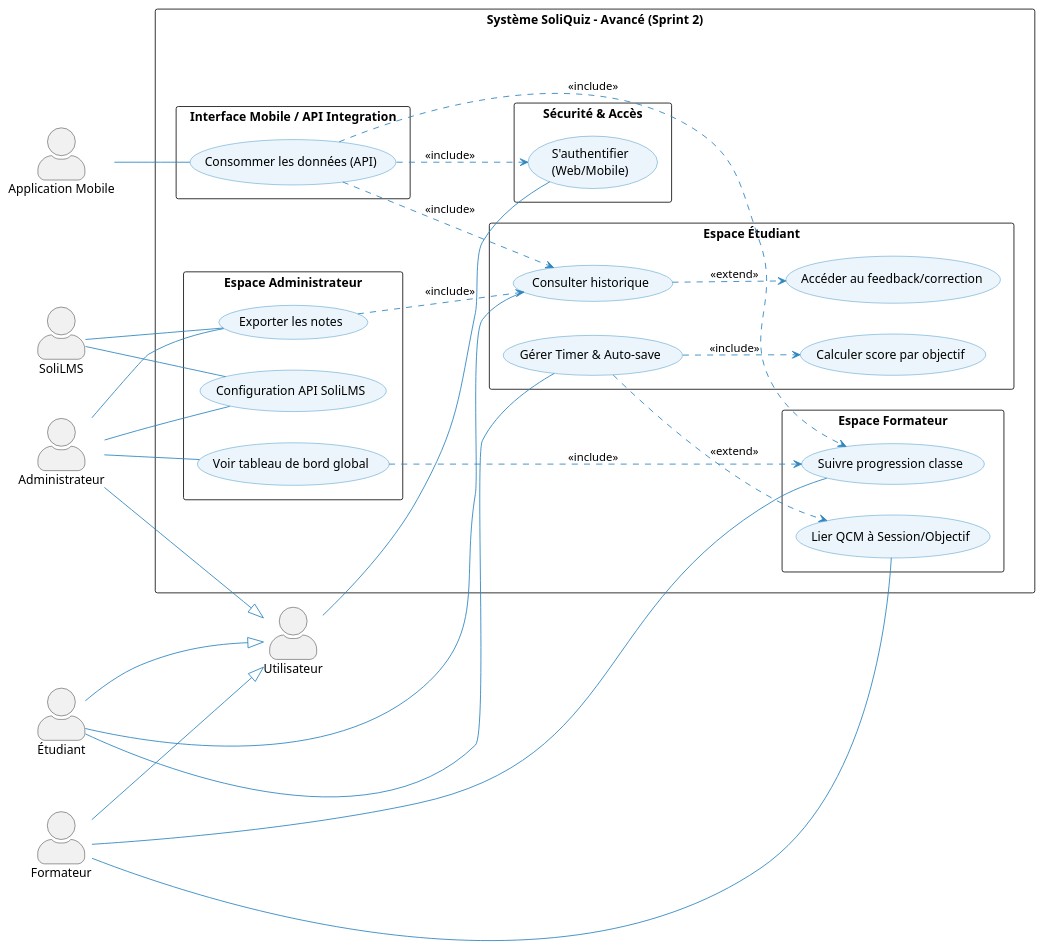
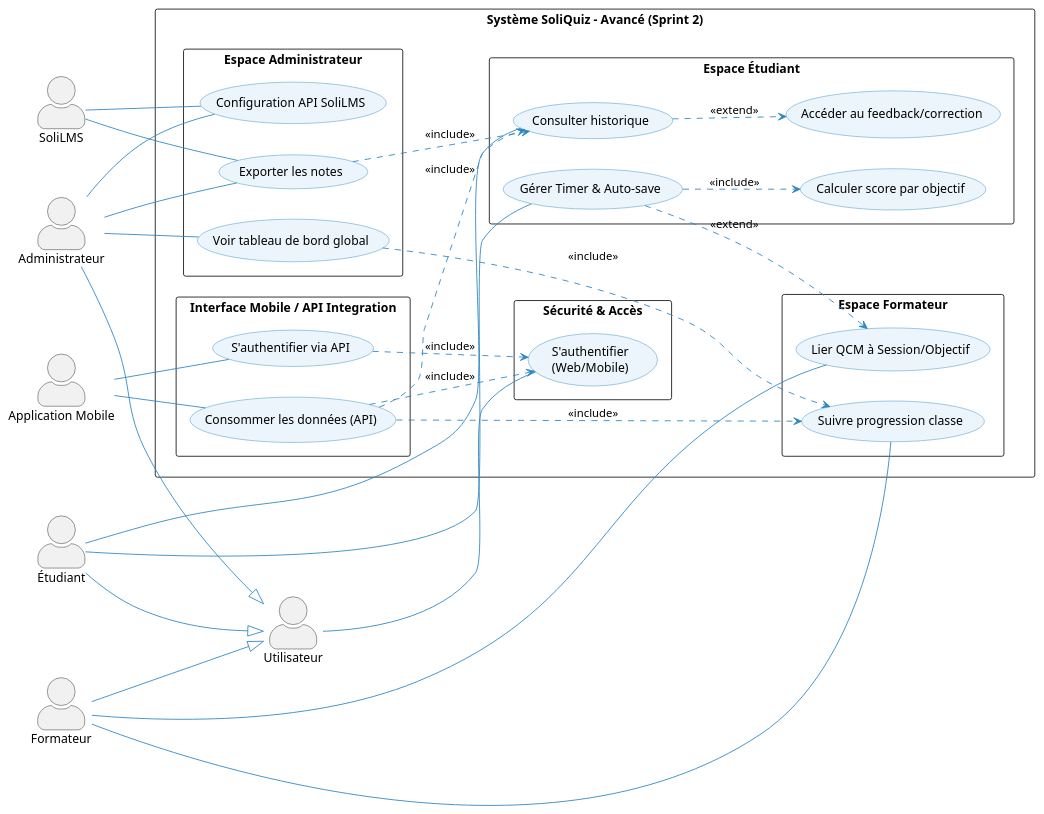
Before and after one commit to BENYEKHLEF-Anouar/SoliQuiz: the diagram in Analyse/cas-utilisation/cas-utilisation-sprint-2-avancé.puml, drawn with PlantUML. The commit also changed 37 other files, not shown here.

```diff
--- a/Analyse/cas-utilisation/cas-utilisation-sprint-2-avancé.puml
+++ b/Analyse/cas-utilisation/cas-utilisation-sprint-2-avancé.puml
@@ -1,101 +1,104 @@
 @startuml
 skinparam actorStyle awesome
 left to right direction
 skinparam packageStyle rectangle
 
 skinparam usecase {
     BackgroundColor #EBF5FB
     BorderColor #2E86C1
     ArrowColor #2E86C1
 }
 
 
 ' ==============================
 ' ACTORS
 ' ==============================
 actor "Utilisateur" as U
 actor "Administrateur" as A
 actor "Formateur" as F
 actor "Étudiant" as E
 actor "Application Mobile" as M
 actor "SoliLMS" as LMS
 
 A --|> U
 F --|> U
 E --|> U
 
 ' ==============================
 ' SYSTEM
 ' ==============================
 package "Système SoliQuiz - Avancé (Sprint 2)" {
 
     package "Sécurité & Accès" {
         usecase "S'authentifier\n(Web/Mobile)" as UC_LOGIN
     }
 
     package "Espace Administrateur" {
         usecase "Voir tableau de bord global" as UC_DASH_A
         usecase "Configuration API SoliLMS" as UC_CONF
         usecase "Exporter les notes" as UC_EXPORT
     }
 
     package "Espace Formateur" {
         usecase "Lier QCM à Session/Objectif" as UC_LINK
         usecase "Suivre progression classe" as UC_PROGRESS_F
     }
 
     package "Espace Étudiant" {
         usecase "Gérer Timer & Auto-save" as UC_TIMER
         usecase "Calculer score par objectif" as UC_SCORE
         usecase "Consulter historique" as UC_HISTORY
         usecase "Accéder au feedback/correction" as UC_FEEDBACK
 
         UC_TIMER ..> UC_SCORE : <<include>>
         UC_HISTORY ..> UC_FEEDBACK : <<extend>>
     }
 
     package "Interface Mobile / API Integration" {
         usecase "Consommer les données (API)" as UC_API
+        usecase "S'authentifier via API" as UC_API_LOGIN
     }
 }
 
 ' ==============================
 ' ACTOR ASSOCIATIONS
 ' ==============================
 
 U -- UC_LOGIN
 
 A -- UC_DASH_A
 A -- UC_CONF
 A -- UC_EXPORT
 
 F -- UC_LINK
 F -- UC_PROGRESS_F
 
 E -- UC_TIMER
 E -- UC_HISTORY
 
 M -- UC_API
+M -- UC_API_LOGIN
 
 LMS -- UC_CONF
 LMS -- UC_EXPORT
 
 
 ' ==============================
 ' MOBILE / API LOGIC
 ' ==============================
 
 UC_API ..> UC_LOGIN : <<include>>
 UC_API ..> UC_HISTORY : <<include>>
 UC_API ..> UC_PROGRESS_F : <<include>>
+UC_API_LOGIN ..> UC_LOGIN : <<include>>
 
 
 ' ==============================
 ' CROSS MODULE RELATIONS
 ' ==============================
 
 UC_DASH_A ..> UC_PROGRESS_F : <<include>>
 UC_EXPORT ..> UC_HISTORY : <<include>>
 UC_TIMER ..> UC_LINK : <<extend>>
 
 @enduml
```
